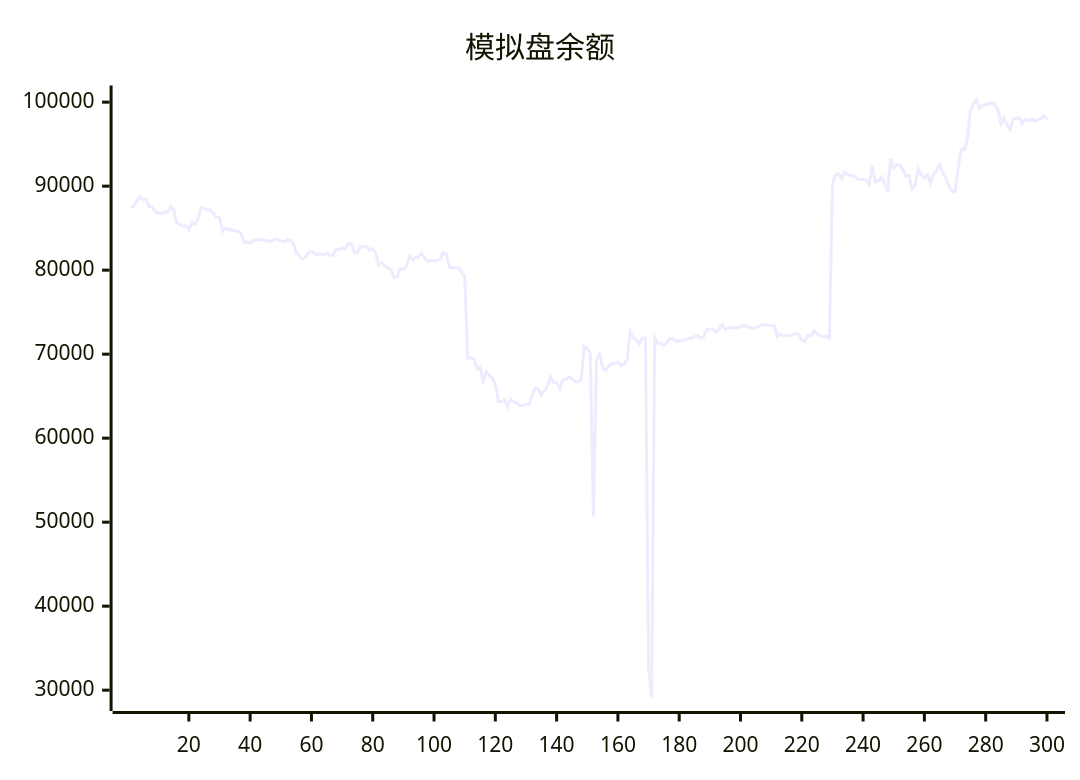
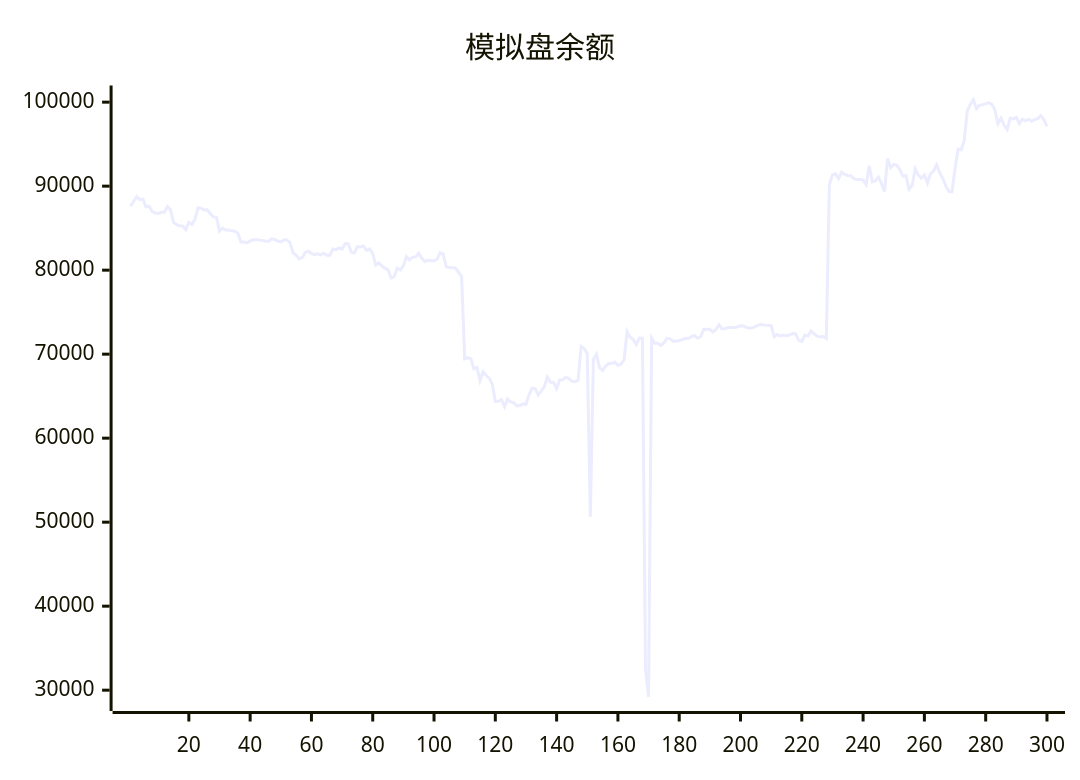
Before and after one commit to aahl/ai-trading: the diagram in README.md, drawn with Mermaid. The commit also changed other lines of this file and 1 other file, not shown here.

````diff
--- a/README.md
+++ b/README.md
@@ -5,5 +5,5 @@
 ```mermaid
 xychart
     title "模拟盘余额"
-    line [87544,87608,88207,88755,88401,88444,87543,87608,87000,86810,86740,86894,86884,87576,87209,85686,85435,85251,85255,84820,85689,85453,86066,87420,87373,87161,87178,86740,86341,86315,84643,85012,84772,84768,84690,84635,84376,83360,83357,83259,83474,83608,83606,83602,83548,83440,83454,83724,83644,83464,83365,83590,83592,83275,82072,81806,81344,81492,82109,82254,82006,81848,81955,81829,82022,81769,81776,82522,82441,82656,82498,83144,83144,82150,82038,82797,82763,82872,82367,82536,81981,80612,80862,80484,80242,80034,79063,79245,80226,80016,80507,81625,81233,81544,81578,82016,81401,81019,81186,81130,81118,81306,82066,81909,80392,80304,80291,80258,79729,79261,69466,69579,69456,68251,68415,66832,67911,67462,67144,66432,64380,64375,64606,63740,64647,64324,64216,63842,63877,64078,64008,65156,65945,65888,65157,65625,66144,67284,66653,66639,65924,66925,66956,67263,67108,66766,66729,66886,70927,70673,70049,50652,69334,69973,68400,68061,68578,68876,68879,69055,68662,68822,69329,72687,71999,71760,71162,71911,71896,32500,29218,71927,71297,71305,71044,71337,71883,71822,71536,71536,71622,71723,71880,71860,72100,72216,71887,72077,72940,72976,72966,72638,72948,73497,73004,73041,73173,73160,73186,73258,73375,73351,73173,73098,73161,73305,73474,73536,73457,73413,73412,72100,72333,72164,72272,72204,72285,72461,72421,71652,71521,72267,72157,72774,72424,72144,72060,72091,71858,90185,91338,91466,90900,91678,91404,91268,91244,90903,90779,90787,90721,90187,92429,90518,90619,91070,90328,89376,93286,92202,92581,92485,91947,91196,91259,89619,90086,92063,91355,90950,91327,90373,91498,91800,92531,91603,90910,90031,89351,89334,92097,94406,94315,95455,98972,99763,100286,99229,99622,99701,99805,99938,99738,99082,97430,98094,97267,96741,98081,98013,98194,97447,97983,97789,97969,97729,97911,98043,98405,97912]
+    line [87608,88207,88755,88401,88444,87543,87608,87000,86810,86740,86894,86884,87576,87209,85686,85435,85251,85255,84820,85689,85453,86066,87420,87373,87161,87178,86740,86341,86315,84643,85012,84772,84768,84690,84635,84376,83360,83357,83259,83474,83608,83606,83602,83548,83440,83454,83724,83644,83464,83365,83590,83592,83275,82072,81806,81344,81492,82109,82254,82006,81848,81955,81829,82022,81769,81776,82522,82441,82656,82498,83144,83144,82150,82038,82797,82763,82872,82367,82536,81981,80612,80862,80484,80242,80034,79063,79245,80226,80016,80507,81625,81233,81544,81578,82016,81401,81019,81186,81130,81118,81306,82066,81909,80392,80304,80291,80258,79729,79261,69466,69579,69456,68251,68415,66832,67911,67462,67144,66432,64380,64375,64606,63740,64647,64324,64216,63842,63877,64078,64008,65156,65945,65888,65157,65625,66144,67284,66653,66639,65924,66925,66956,67263,67108,66766,66729,66886,70927,70673,70049,50652,69334,69973,68400,68061,68578,68876,68879,69055,68662,68822,69329,72687,71999,71760,71162,71911,71896,32500,29218,71927,71297,71305,71044,71337,71883,71822,71536,71536,71622,71723,71880,71860,72100,72216,71887,72077,72940,72976,72966,72638,72948,73497,73004,73041,73173,73160,73186,73258,73375,73351,73173,73098,73161,73305,73474,73536,73457,73413,73412,72100,72333,72164,72272,72204,72285,72461,72421,71652,71521,72267,72157,72774,72424,72144,72060,72091,71858,90185,91338,91466,90900,91678,91404,91268,91244,90903,90779,90787,90721,90187,92429,90518,90619,91070,90328,89376,93286,92202,92581,92485,91947,91196,91259,89619,90086,92063,91355,90950,91327,90373,91498,91800,92531,91603,90910,90031,89351,89334,92097,94406,94315,95455,98972,99763,100286,99229,99622,99701,99805,99938,99738,99082,97430,98094,97267,96741,98081,98013,98194,97447,97983,97789,97969,97729,97911,98043,98405,97912,97120]
 ```
````
